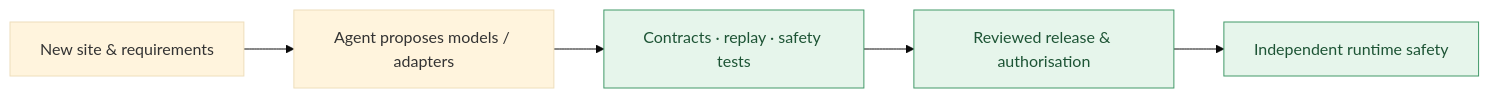
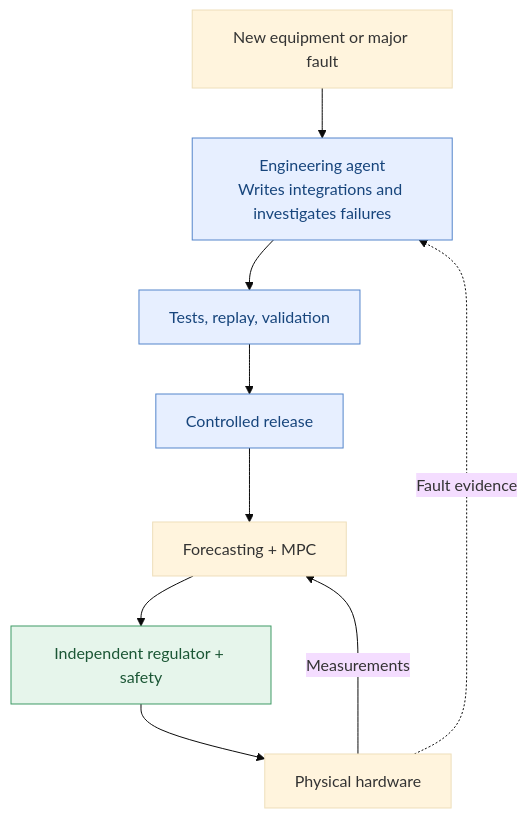
The fourth of 4 diagrams in docs/architecture.md (hugoenglund-wq/BEMS-public-preview), drawn with Mermaid (base theme) before and after one commit. The commit also changed other lines of this file, not shown here.

Commit message:
Clarify agent-ready engineering, fault response and deterministic control

````diff
--- a/docs/architecture.md
+++ b/docs/architecture.md
@@ -128,9 +132,15 @@
 ```mermaid
-flowchart LR
-    Site["New site & requirements"] --> Agent["Agent proposes models / adapters"]
-    Agent --> Verify["Contracts · replay · safety tests"]
-    Verify --> Approval["Reviewed release & authorisation"]
-    Approval --> Runtime["Independent runtime safety"]
-    classDef gate fill:#e6f5eb,stroke:#429969,color:#1d5435
-    class Verify,Approval,Runtime gate
+flowchart TB
+    Setup["New equipment or major fault"] --> Agent["Engineering agent<br/>Writes integrations and investigates failures"]
+    Agent --> Checks["Tests, replay, validation"]
+    Checks --> Release["Controlled release"]
+    Release --> Control["Forecasting + MPC"]
+    Control --> Safety["Independent regulator + safety"]
+    Safety --> Hardware["Physical hardware"]
+    Hardware -->|"Measurements"| Control
+    Hardware -.->|"Fault evidence"| Agent
+    classDef software fill:#e7efff,stroke:#5485cb,color:#17457c
+    classDef safety fill:#e6f5eb,stroke:#3f9b66,color:#1b5635
+    class Agent,Checks,Release software
+    class Safety safety
 ```
````
